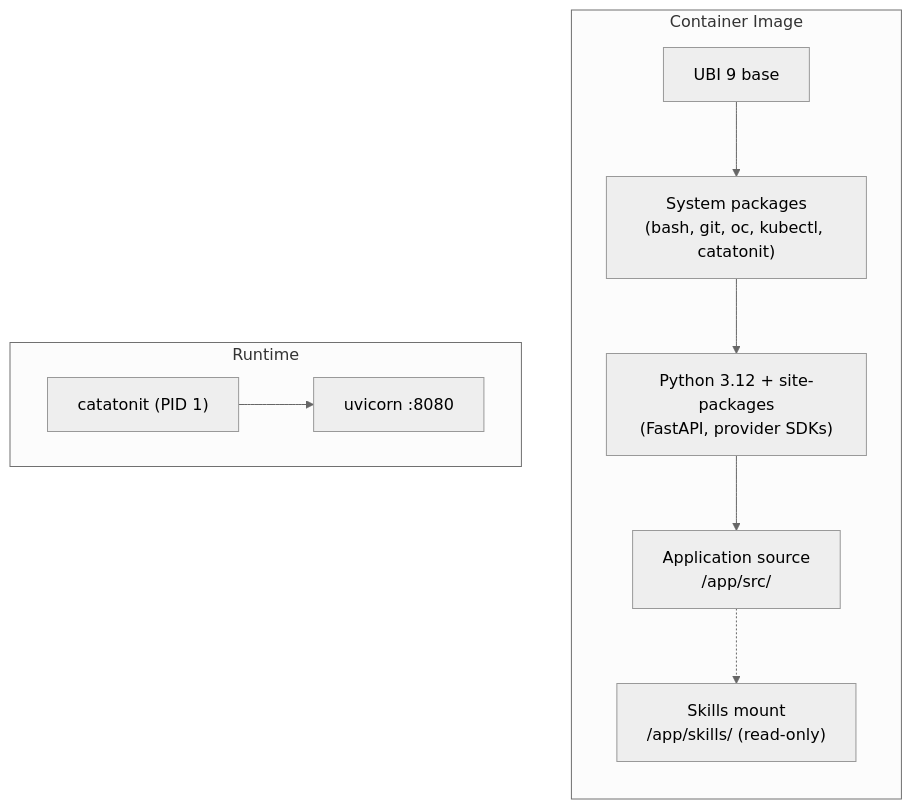
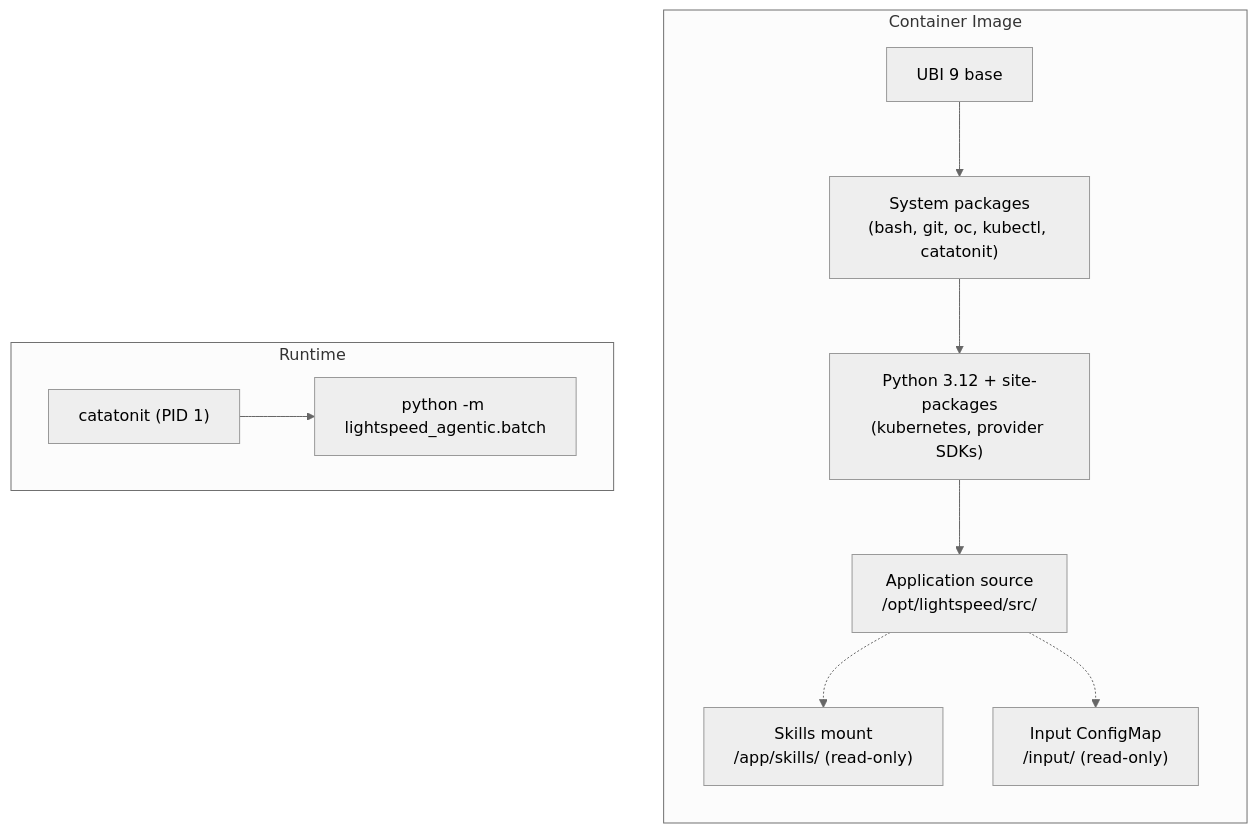
The fourth of 4 diagrams in ARCHITECTURE.md (blublinsky/lightspeed-agentic-sandbox), drawn with Mermaid (neutral theme) before and after one commit. The commit also changed other lines of this file and 53 other files, not shown here.

````diff
--- a/ARCHITECTURE.md
+++ b/ARCHITECTURE.md
@@ -124,21 +132,23 @@
 ```mermaid
 graph TD
     subgraph "Container Image"
         direction TB
         Base["UBI 9 base"]
         Sys["System packages<br/>(bash, git, oc, kubectl, catatonit)"]
-        Py["Python 3.12 + site-packages<br/>(FastAPI, provider SDKs)"]
-        AppSrc["Application source<br/>/app/src/"]
+        Py["Python 3.12 + site-packages<br/>(kubernetes, provider SDKs)"]
+        AppSrc["Application source<br/>/opt/lightspeed/src/"]
         SkillMount["Skills mount<br/>/app/skills/ (read-only)"]
+        InputMount["Input ConfigMap<br/>/input/ (read-only)"]
     end
 
     Base --> Sys --> Py --> AppSrc
     AppSrc -.-> SkillMount
+    AppSrc -.-> InputMount
 
     subgraph "Runtime"
         Catatonit["catatonit (PID 1)"]
-        Uvicorn["uvicorn :8080"]
+        BatchCmd["python -m lightspeed_agentic.batch"]
     end
 
-    Catatonit --> Uvicorn
+    Catatonit --> BatchCmd
 ```
````
